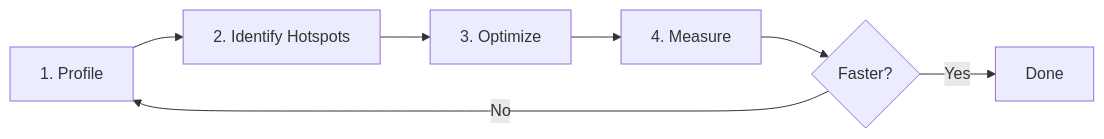
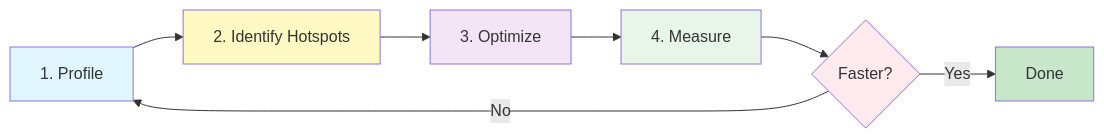
Before and after one commit to wramet/build-my-cfd: the first of 3 diagrams in MODULE_10_CFD_ENGINE_DEVELOPMENT/CONTENT/03_PERFORMANCE_ENGINEERING/00_Overview.md, drawn with Mermaid. The commit also changed other lines of this file and 203 other files, not shown here.

````diff
--- a/MODULE_10_CFD_ENGINE_DEVELOPMENT/CONTENT/03_PERFORMANCE_ENGINEERING/00_Overview.md
+++ b/MODULE_10_CFD_ENGINE_DEVELOPMENT/CONTENT/03_PERFORMANCE_ENGINEERING/00_Overview.md
@@ -19,9 +46,16 @@
 ```mermaid
 flowchart LR
     A[1. Profile] --> B[2. Identify Hotspots]
     B --> C[3. Optimize]
     C --> D[4. Measure]
     D --> E{Faster?}
     E -- Yes --> F[Done]
     E -- No --> A
+    
+    style A fill:#e1f5fe
+    style B fill:#fff9c4
+    style C fill:#f3e5f5
+    style D fill:#e8f5e9
+    style E fill:#ffebee
+    style F fill:#c8e6c9
 ```
````
